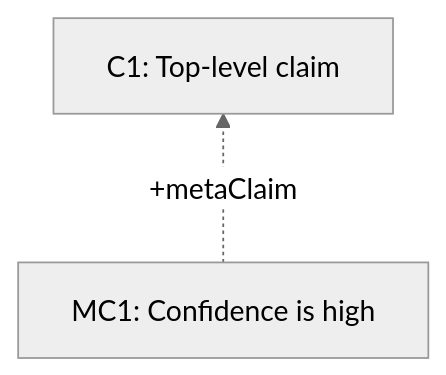
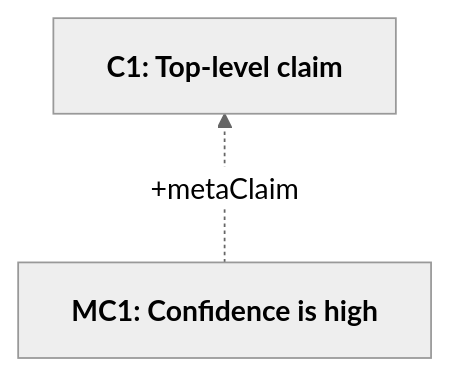
One commit to coreinfrastructure/best-practices-badge changed the second of 20 diagrams in docs/sacm-mermaid.md. Above: the diagram before and after it, drawn with Mermaid. The commit also changed other lines of this file, not shown here.

````diff
--- a/docs/sacm-mermaid.md
+++ b/docs/sacm-mermaid.md
@@ -266,16 +264,16 @@
 ```mermaid
 ---
 config:
   theme: neutral
   flowchart:
     curve: linear
     htmlLabels: true
     rankSpacing: 60
     nodeSpacing: 45
     padding: 15
 ---
 flowchart BT
-    C1["C1: Top-level claim"]
-    MC1["MC1: Confidence is high"]
+    C1["<b>C1: Top-level claim<b>"]
+    MC1["<b>MC1: Confidence is high<b>"]
     MC1 -. "+metaClaim" .-> C1
 ```
````
